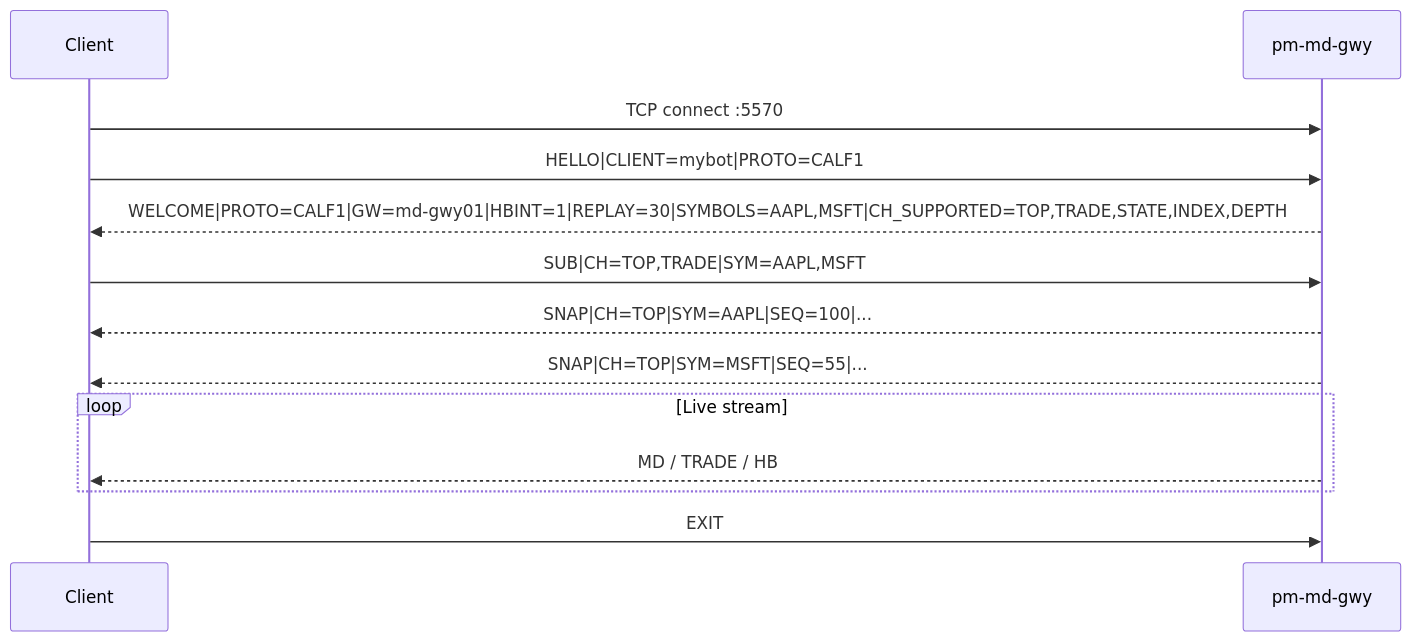
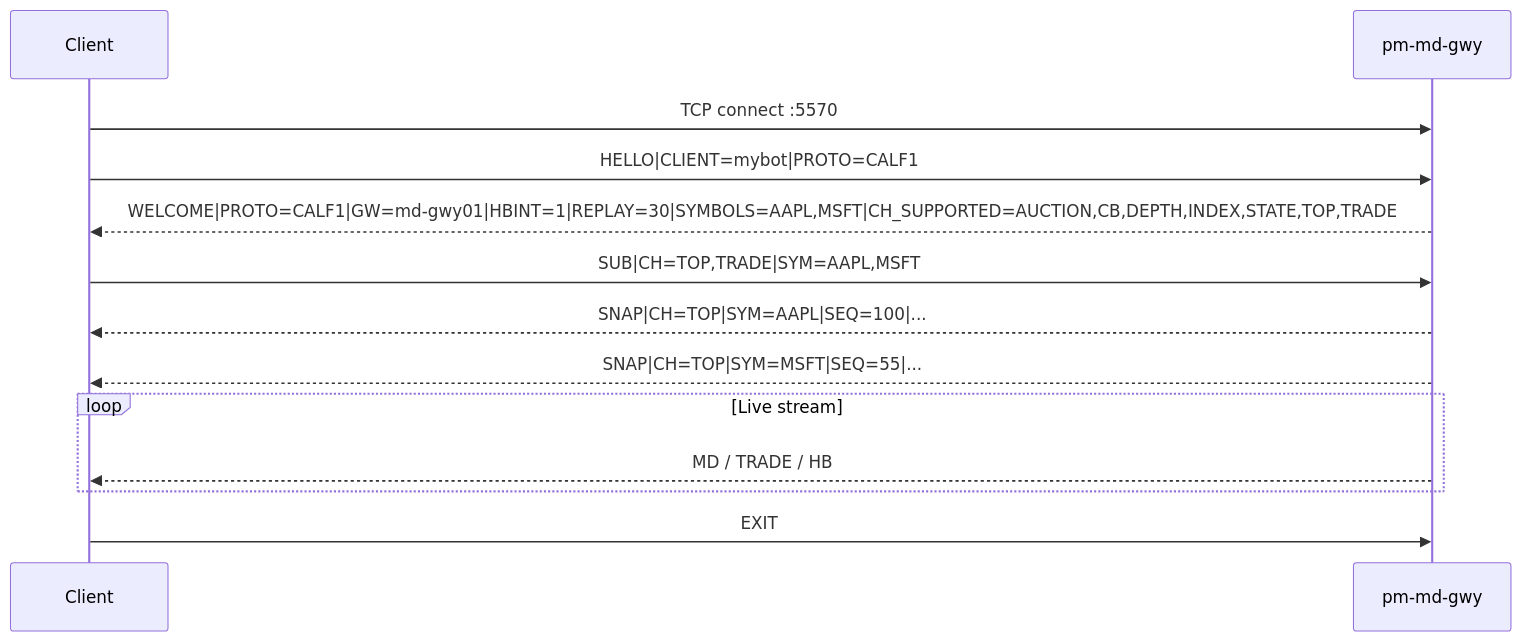
The second of 3 diagrams in docs/user-guide/240-market-data-feed.md (johan162/EduMatcher), drawn with Mermaid before and after one commit. The commit also changed other lines of this file and 20 other files, not shown here.

Commit message:
feat(calf): added pm-calf-spy as well as new channels for auction and cb

````diff
--- a/docs/user-guide/240-market-data-feed.md
+++ b/docs/user-guide/240-market-data-feed.md
@@ -519,16 +647,16 @@
 ```mermaid
 sequenceDiagram
     participant C as Client
     participant G as pm-md-gwy
 
     C->>G: TCP connect :5570
     C->>G: HELLO|CLIENT=mybot|PROTO=CALF1
-    G-->>C: WELCOME|PROTO=CALF1|GW=md-gwy01|HBINT=1|REPLAY=30|SYMBOLS=AAPL,MSFT|CH_SUPPORTED=TOP,TRADE,STATE,INDEX,DEPTH
+    G-->>C: WELCOME|PROTO=CALF1|GW=md-gwy01|HBINT=1|REPLAY=30|SYMBOLS=AAPL,MSFT|CH_SUPPORTED=AUCTION,CB,DEPTH,INDEX,STATE,TOP,TRADE
     C->>G: SUB|CH=TOP,TRADE|SYM=AAPL,MSFT
     G-->>C: SNAP|CH=TOP|SYM=AAPL|SEQ=100|...
     G-->>C: SNAP|CH=TOP|SYM=MSFT|SEQ=55|...
     loop Live stream
         G-->>C: MD / TRADE / HB
     end
     C->>G: EXIT
 ```
````
